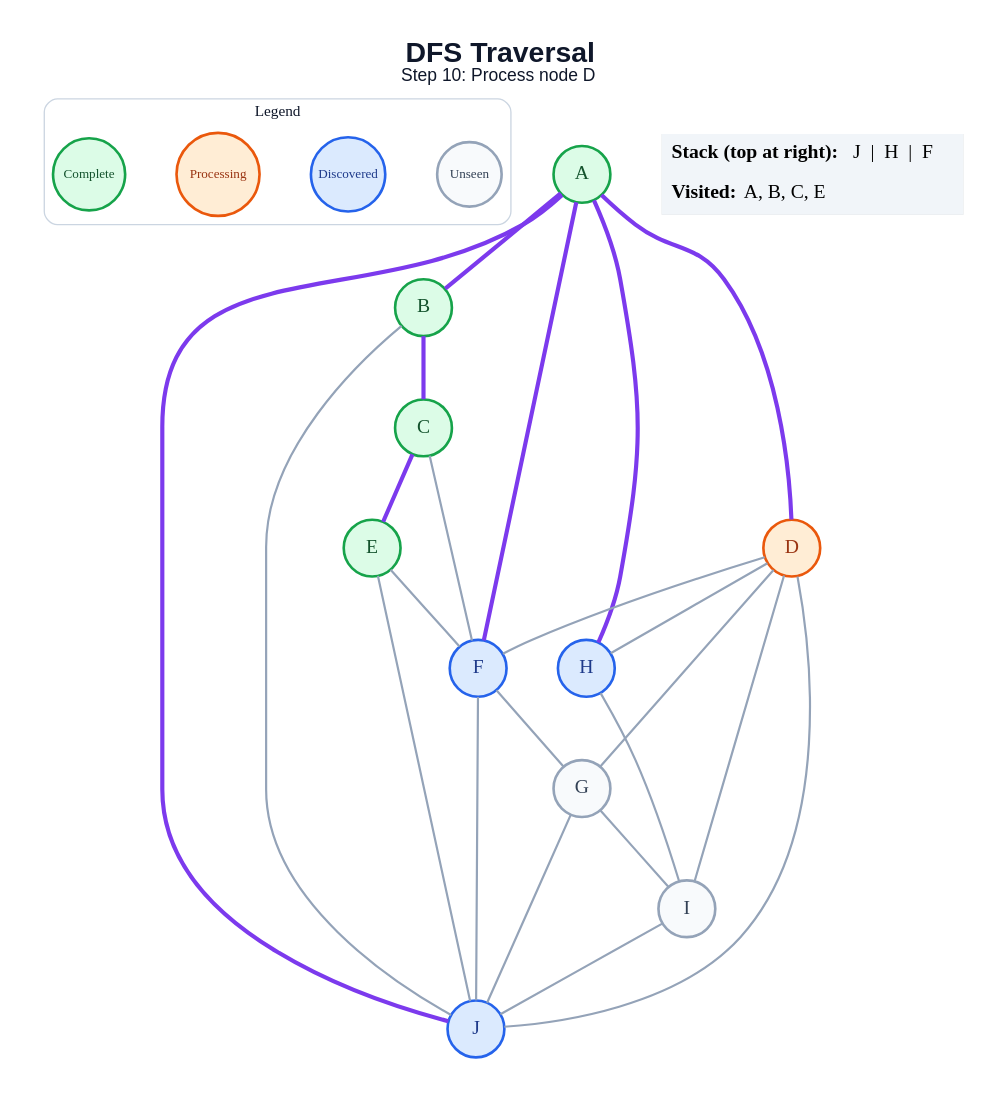
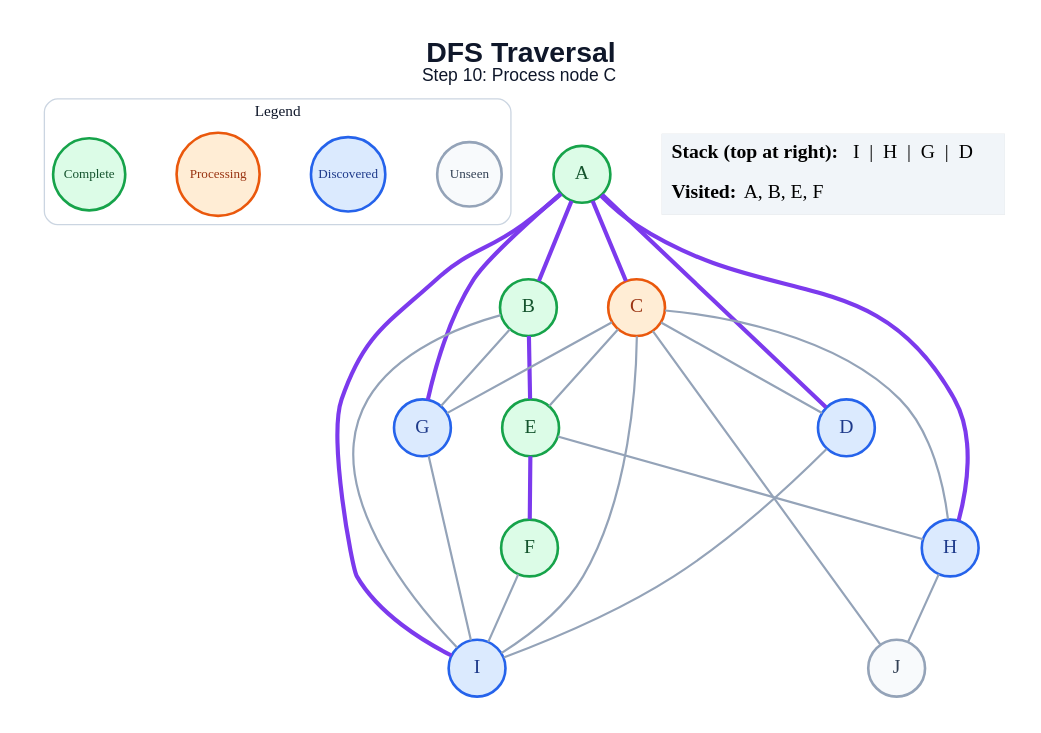
The diagram in generated/dfs/step_10.dot (anon7238593-create/ai-slop), drawn with Graphviz before and after one commit. The commit also changed 171 other files, not shown here.

```diff
--- a/generated/dfs/step_10.dot
+++ b/generated/dfs/step_10.dot
@@ -1,51 +1,50 @@
 graph traversal {
   graph [layout=dot, rankdir=TB, bgcolor="#FFFFFF", pad="0.35", nodesep="0.65", ranksep="0.8", fontname="Arial"];
   node [shape=circle, style="filled", fontname="Arial Bold", fontsize=18, width=0.72, fixedsize=true, penwidth=2.4];
   edge [color="#94A3B8", penwidth=2.0];
-  label=<<B>DFS Traversal</B><BR/><FONT POINT-SIZE="16">Step 10: Process node D</FONT>>; labelloc="t"; fontsize=26; fontname="Arial"; fontcolor="#0F172A";
+  label=<<B>DFS Traversal</B><BR/><FONT POINT-SIZE="16">Step 10: Process node C</FONT>>; labelloc="t"; fontsize=26; fontname="Arial"; fontcolor="#0F172A";
   subgraph cluster_legend { label="Legend"; color="#CBD5E1"; penwidth=1.2; style="rounded"; fontsize=14; fontname="Arial Bold";
     key_unseen [label="Unseen", fillcolor="#F8FAFC", color="#94A3B8", fontcolor="#334155", fontsize=12, width=0.82];
     key_frontier [label="Discovered", fillcolor="#DBEAFE", color="#2563EB", fontcolor="#1E3A8A", fontsize=12, width=0.95];
     key_current [label="Processing", fillcolor="#FFEDD5", color="#EA580C", fontcolor="#9A3412", fontsize=12, width=1.05];
     key_done [label="Complete", fillcolor="#DCFCE7", color="#16A34A", fontcolor="#14532D", fontsize=12, width=0.92];
     { rank=same; key_unseen; key_frontier; key_current; key_done; }
   }
   A [fillcolor="#DCFCE7", color="#16A34A", fontcolor="#14532D"];
   B [fillcolor="#DCFCE7", color="#16A34A", fontcolor="#14532D"];
-  C [fillcolor="#DCFCE7", color="#16A34A", fontcolor="#14532D"];
-  D [fillcolor="#FFEDD5", color="#EA580C", fontcolor="#9A3412"];
+  C [fillcolor="#FFEDD5", color="#EA580C", fontcolor="#9A3412"];
+  D [fillcolor="#DBEAFE", color="#2563EB", fontcolor="#1E3A8A"];
   E [fillcolor="#DCFCE7", color="#16A34A", fontcolor="#14532D"];
-  F [fillcolor="#DBEAFE", color="#2563EB", fontcolor="#1E3A8A"];
-  G [fillcolor="#F8FAFC", color="#94A3B8", fontcolor="#334155"];
+  F [fillcolor="#DCFCE7", color="#16A34A", fontcolor="#14532D"];
+  G [fillcolor="#DBEAFE", color="#2563EB", fontcolor="#1E3A8A"];
   H [fillcolor="#DBEAFE", color="#2563EB", fontcolor="#1E3A8A"];
-  I [fillcolor="#F8FAFC", color="#94A3B8", fontcolor="#334155"];
-  J [fillcolor="#DBEAFE", color="#2563EB", fontcolor="#1E3A8A"];
+  I [fillcolor="#DBEAFE", color="#2563EB", fontcolor="#1E3A8A"];
+  J [fillcolor="#F8FAFC", color="#94A3B8", fontcolor="#334155"];
   A -- B [color="#7C3AED", penwidth=3.8];
+  A -- C [color="#7C3AED", penwidth=3.8];
   A -- D [color="#7C3AED", penwidth=3.8];
-  A -- F [color="#7C3AED", penwidth=3.8];
+  A -- G [color="#7C3AED", penwidth=3.8];
   A -- H [color="#7C3AED", penwidth=3.8];
-  A -- J [color="#7C3AED", penwidth=3.8];
-  B -- C [color="#7C3AED", penwidth=3.8];
-  B -- J;
-  C -- E [color="#7C3AED", penwidth=3.8];
-  C -- F;
-  D -- F;
-  D -- G;
-  D -- H;
+  A -- I [color="#7C3AED", penwidth=3.8];
+  B -- E [color="#7C3AED", penwidth=3.8];
+  B -- G;
+  B -- I;
+  C -- D;
+  C -- E;
+  C -- G;
+  C -- H;
+  C -- I;
+  C -- J;
   D -- I;
-  D -- J;
-  E -- F;
-  E -- J;
-  F -- G;
-  F -- J;
+  E -- F [color="#7C3AED", penwidth=3.8];
+  E -- H;
+  F -- I;
   G -- I;
-  G -- J;
-  H -- I;
-  I -- J;
+  H -- J;
   status [shape=plain, fixedsize=false, width=0, height=0, margin=0, label=<
     <TABLE BORDER="0" CELLBORDER="0" CELLPADDING="7" BGCOLOR="#F1F5F9">
-      <TR><TD ALIGN="LEFT"><B>Stack (top at right):</B> J  |  H  |  F</TD></TR>
-      <TR><TD ALIGN="LEFT"><B>Visited:</B> A, B, C, E</TD></TR>
+      <TR><TD ALIGN="LEFT"><B>Stack (top at right):</B> I  |  H  |  G  |  D</TD></TR>
+      <TR><TD ALIGN="LEFT"><B>Visited:</B> A, B, E, F</TD></TR>
     </TABLE>
   >];
 }
```
